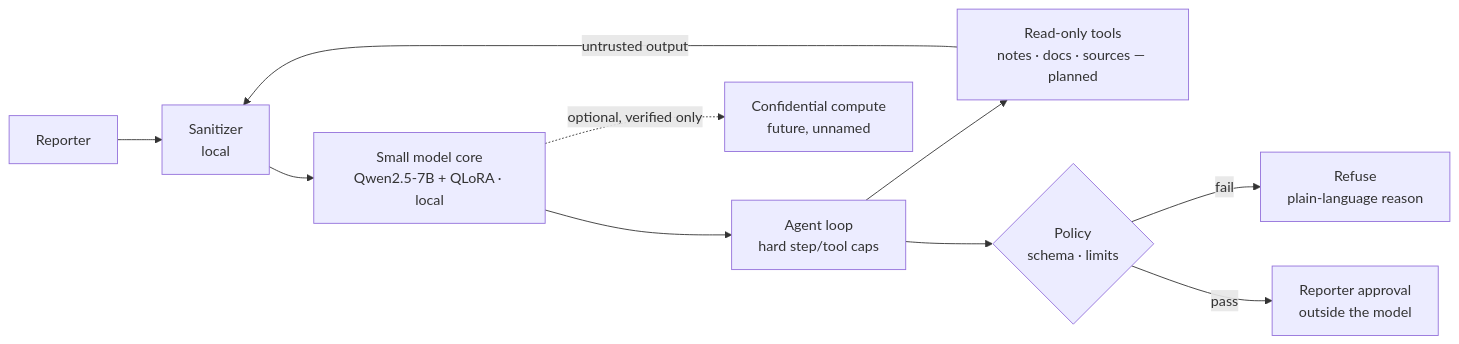
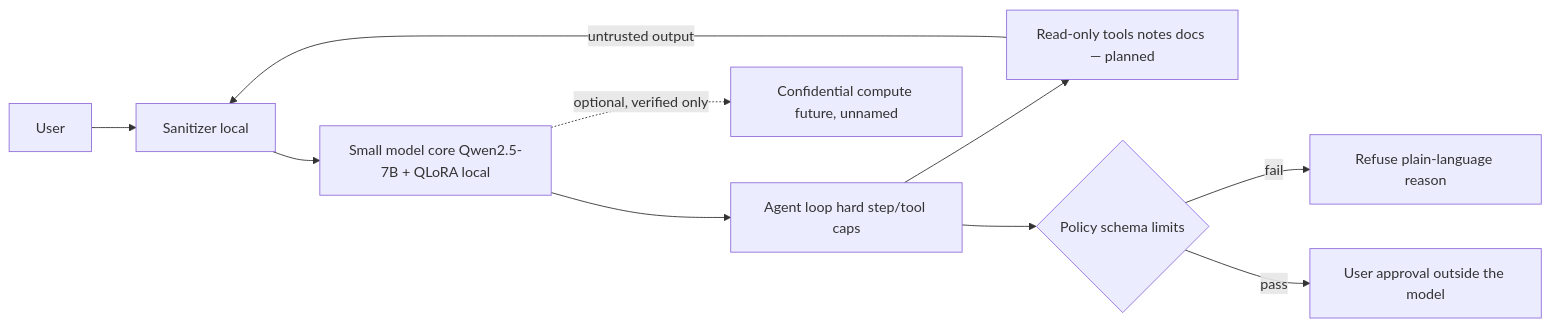
Before and after one commit to 9lordisgod/salomon: the diagram in ARCHITECTURE.md, drawn with Mermaid. The commit also changed other lines of this file and 3 other files, not shown here.

Commit message:
docs: scrub SECURITY phase2 docs ARCHITECTURE archive crypto banners

````diff
--- a/ARCHITECTURE.md
+++ b/ARCHITECTURE.md
@@ -7,12 +7,12 @@
 ```mermaid
 flowchart LR
- U[Reporter] --> S[Sanitizer<br/>local]
- S --> M[Small model core<br/>Qwen2.5-7B + QLoRA · local]
- M --> A[Agent loop<br/>hard step/tool caps]
- A --> T[Read-only tools<br/>notes · docs · sources — planned]
+ U[User] --> S[Sanitizer local]
+ S --> M[Small model core Qwen2.5-7B + QLoRA local]
+ M --> A[Agent loop hard step/tool caps]
+ A --> T[Read-only tools notes docs — planned]
  T -->|untrusted output| S
- A --> P{Policy<br/>schema · limits}
- P -->|fail| R[Refuse<br/>plain-language reason]
- P -->|pass| H[Reporter approval<br/>outside the model]
- M -.optional, verified only.-> C[Confidential compute<br/>future, unnamed]
+ A --> P{Policy schema limits}
+ P -->|fail| R[Refuse plain-language reason]
+ P -->|pass| H[User approval outside the model]
+ M -.optional, verified only.-> C[Confidential compute future, unnamed]
 ```
````
